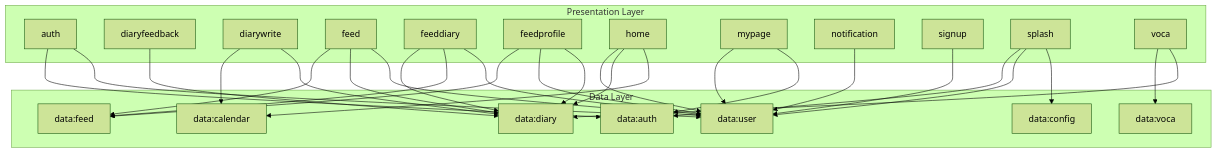
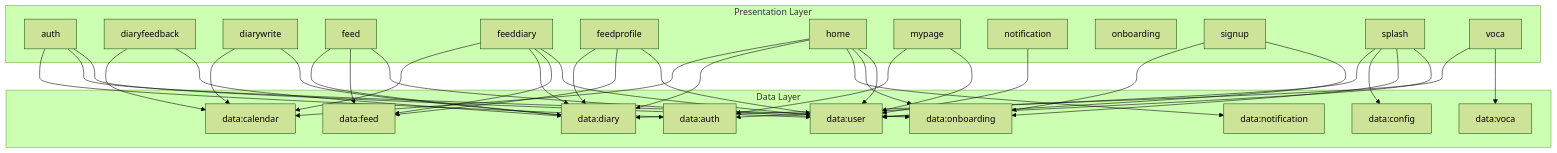
The second of 4 diagrams in README.md (Hi-lingual/Hilingual-Android), drawn with Mermaid (forest theme) before and after one commit. The commit also changed other lines of this file, not shown here.

````diff
--- a/README.md
+++ b/README.md
@@ -56,54 +56,64 @@
 ```mermaid
 graph TD
     subgraph Presentation Layer
         auth["auth"]
         diaryfeedback["diaryfeedback"]
         diarywrite["diarywrite"]
         feed["feed"]
         feeddiary["feeddiary"]
         feedprofile["feedprofile"]
         home["home"]
         mypage["mypage"]
         notification["notification"]
+        onboarding["onboarding"]
         signup["signup"]
         splash["splash"]
         voca["voca"]
     end
 
     subgraph Data Layer
         data_auth["data:auth"]
         data_calendar["data:calendar"]
         data_config["data:config"]
         data_diary["data:diary"]
         data_feed["data:feed"]
+        data_notification["data:notification"]
+        data_onboarding["data:onboarding"]
         data_user["data:user"]
         data_voca["data:voca"]
     end
 
     auth --> data_auth
+    auth --> data_onboarding
     auth --> data_user
+    diaryfeedback --> data_calendar
     diaryfeedback --> data_diary
     diarywrite --> data_calendar
     diarywrite --> data_diary
+    feed --> data_diary
     feed --> data_feed
-    feed --> data_diary
     feed --> data_user
+    feeddiary --> data_calendar
     feeddiary --> data_diary
     feeddiary --> data_feed
     feeddiary --> data_user
+    feedprofile --> data_diary
     feedprofile --> data_feed
     feedprofile --> data_user
-    feedprofile --> data_diary
+    home --> data_calendar
+    home --> data_diary
+    home --> data_notification
+    home --> data_onboarding
     home --> data_user
-    home --> data_diary
-    home --> data_calendar
+    mypage --> data_auth
     mypage --> data_user
-    mypage --> data_auth
     notification --> data_user
+    signup --> data_onboarding
     signup --> data_user
     splash --> data_auth
+    splash --> data_config
+    splash --> data_onboarding
     splash --> data_user
-    splash --> data_config
+    voca --> data_diary
     voca --> data_voca
-    voca --> data_diary
 ```
````
